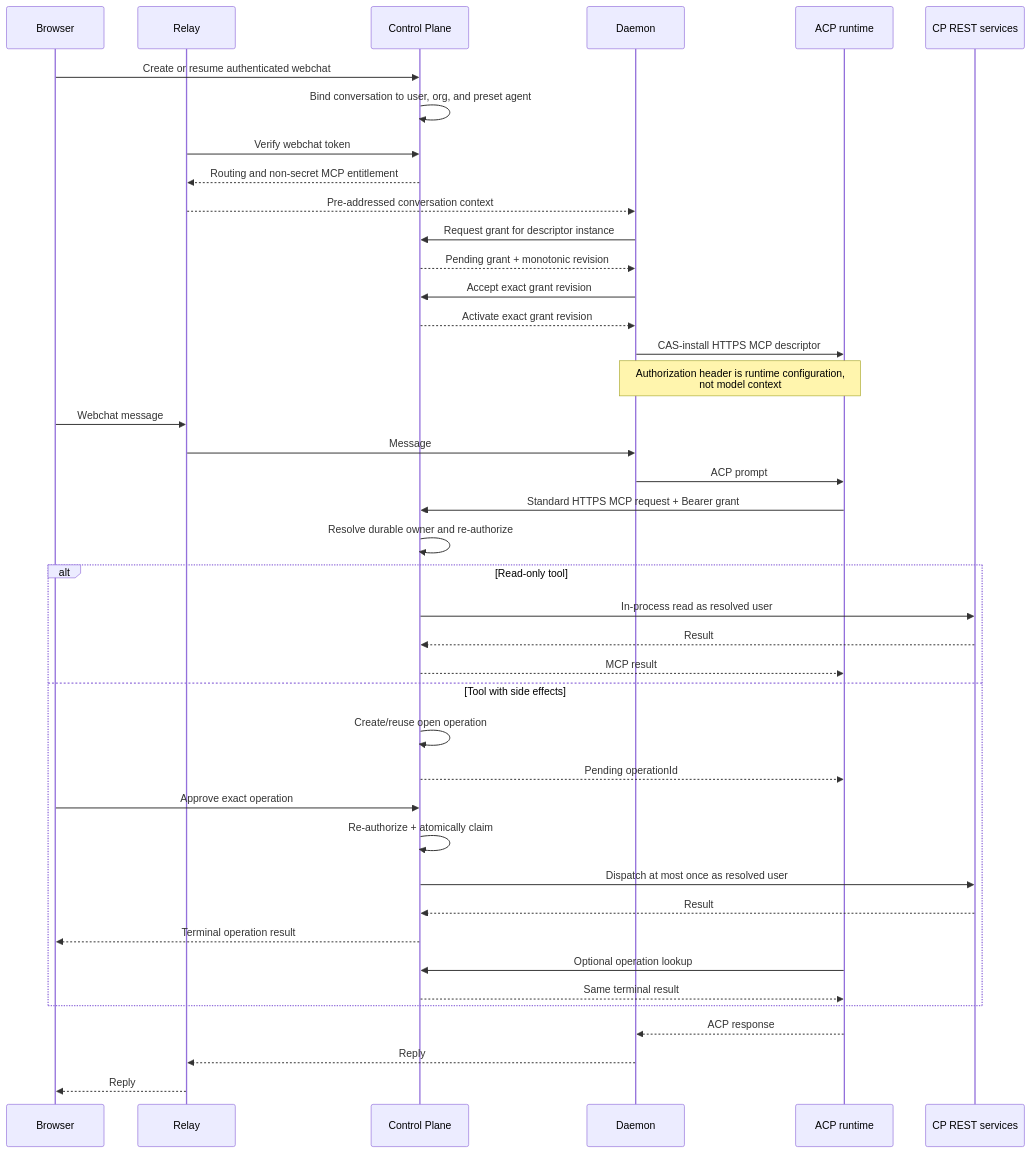
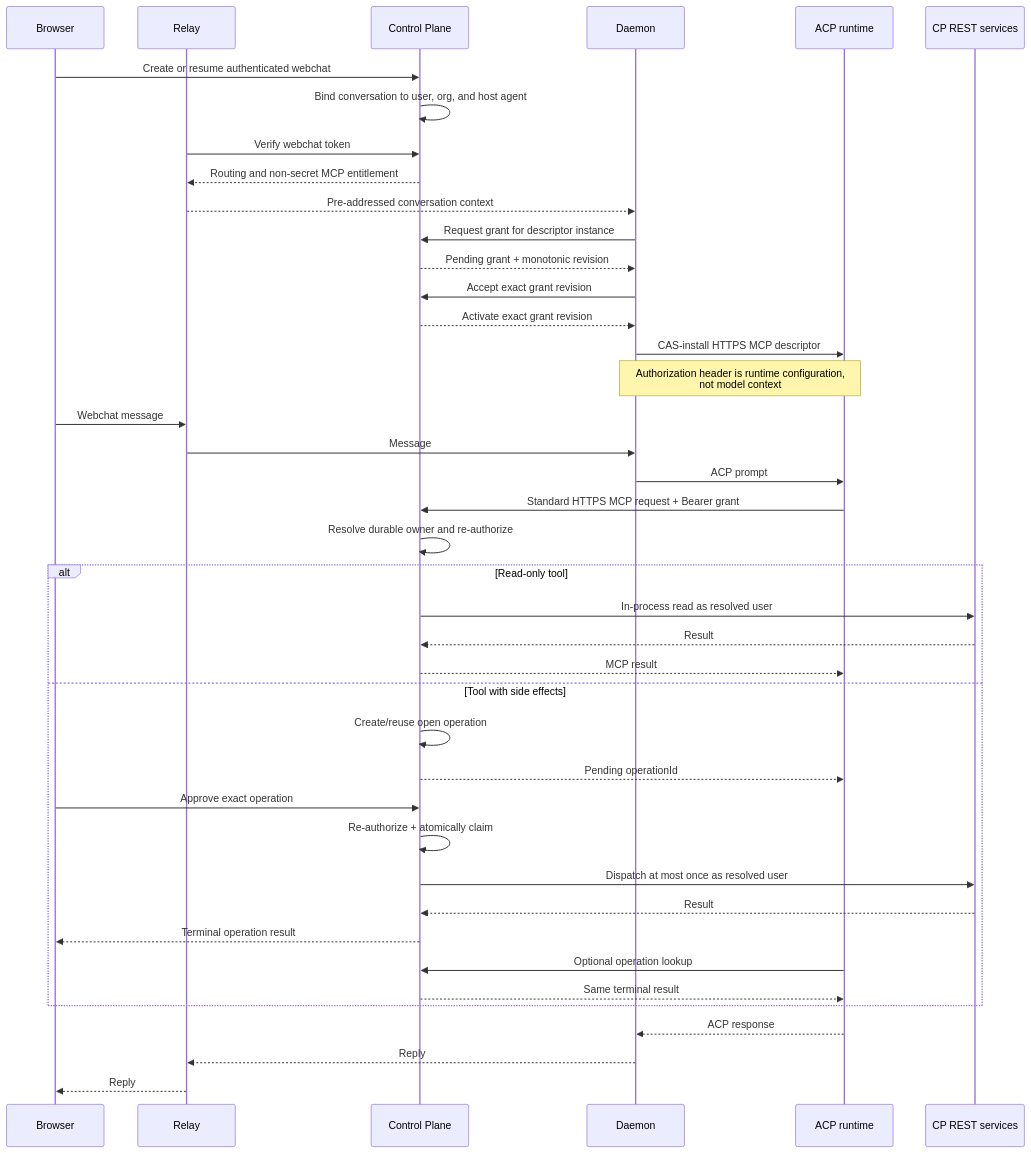
One commit to Harbor404/agentconnect changed the diagram in docs/designs/webchat-preset-agentconnect-mcp.md. Above: the diagram before and after it, drawn with Mermaid. The commit also changed other lines of this file and 26 other files, not shown here.

````diff
--- a/docs/designs/webchat-preset-agentconnect-mcp.md
+++ b/docs/designs/webchat-preset-agentconnect-mcp.md
@@ -122,44 +128,44 @@
 ```mermaid
 sequenceDiagram
     participant Browser
     participant Relay
     participant CP as Control Plane
     participant Daemon
     participant Runtime as ACP runtime
     participant REST as CP REST services
 
     Browser->>CP: Create or resume authenticated webchat
-    CP->>CP: Bind conversation to user, org, and preset agent
+    CP->>CP: Bind conversation to user, org, and host agent
     Relay->>CP: Verify webchat token
     CP-->>Relay: Routing and non-secret MCP entitlement
     Relay-->>Daemon: Pre-addressed conversation context
     Daemon->>CP: Request grant for descriptor instance
     CP-->>Daemon: Pending grant + monotonic revision
     Daemon->>CP: Accept exact grant revision
     CP-->>Daemon: Activate exact grant revision
     Daemon->>Runtime: CAS-install HTTPS MCP descriptor
     Note over Daemon,Runtime: Authorization header is runtime configuration,<br/>not model context
     Browser->>Relay: Webchat message
     Relay->>Daemon: Message
     Daemon->>Runtime: ACP prompt
     Runtime->>CP: Standard HTTPS MCP request + Bearer grant
     CP->>CP: Resolve durable owner and re-authorize
     alt Read-only tool
         CP->>REST: In-process read as resolved user
         REST-->>CP: Result
         CP-->>Runtime: MCP result
     else Tool with side effects
         CP->>CP: Create/reuse open operation
         CP-->>Runtime: Pending operationId
         Browser->>CP: Approve exact operation
         CP->>CP: Re-authorize + atomically claim
         CP->>REST: Dispatch at most once as resolved user
         REST-->>CP: Result
         CP-->>Browser: Terminal operation result
         Runtime->>CP: Optional operation lookup
         CP-->>Runtime: Same terminal result
     end
     Runtime-->>Daemon: ACP response
     Daemon-->>Relay: Reply
     Relay-->>Browser: Reply
 ```
````
